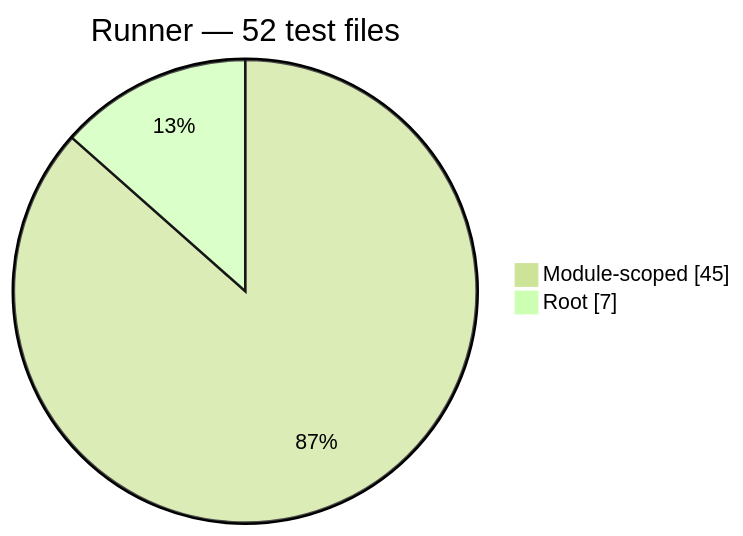
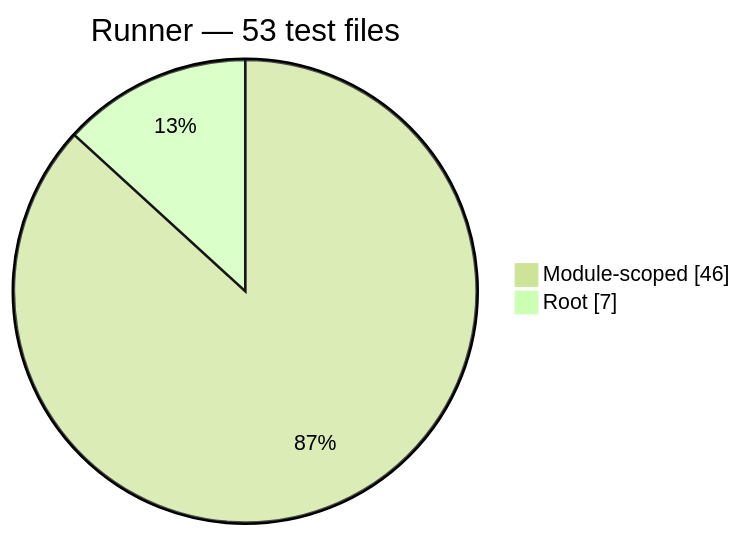
The seventh of 13 diagrams in docs/generated/test-composition.md (PHP-Arazzo/php-arazzo), drawn with Mermaid (forest theme) before and after one commit. The commit also changed other lines of this file and 43 other files, not shown here.

````diff
--- a/docs/generated/test-composition.md
+++ b/docs/generated/test-composition.md
@@ -106,6 +106,6 @@
 ```mermaid
 pie showData
-    title Runner — 52 test files
-    "Module-scoped": 45
+    title Runner — 53 test files
+    "Module-scoped": 46
     "Root": 7
 ```
````
